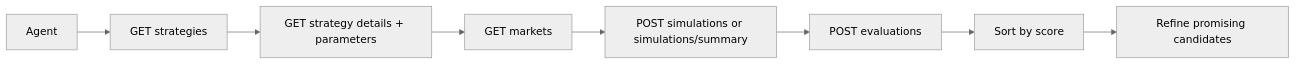
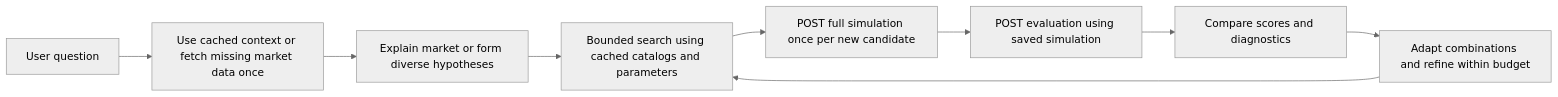
One commit to Nilay27/alphaengine-agent-skills changed the diagram in README.md. Above: the diagram before and after it, drawn with Mermaid (neutral theme). The commit also changed other lines of this file and 5 other files, not shown here.

````diff
--- a/README.md
+++ b/README.md
@@ -56,10 +58,11 @@
 ```mermaid
 flowchart LR
-    A[Agent] --> B[GET strategies]
-    B --> C[GET strategy details + parameters]
-    C --> D[GET markets]
-    D --> E[POST simulations or simulations/summary]
-    E --> F[POST evaluations]
-    F --> G[Sort by score]
-    G --> H[Refine promising candidates]
+    A[User question] --> B[Use cached context or fetch missing market data once]
+    B --> C[Explain market or form diverse hypotheses]
+    C --> D[Bounded search using cached catalogs and parameters]
+    D --> E[POST full simulation once per new candidate]
+    E --> F[POST evaluation using saved simulation]
+    F --> G[Compare scores and diagnostics]
+    G --> H[Adapt combinations and refine within budget]
+    H --> D
 ```
````
